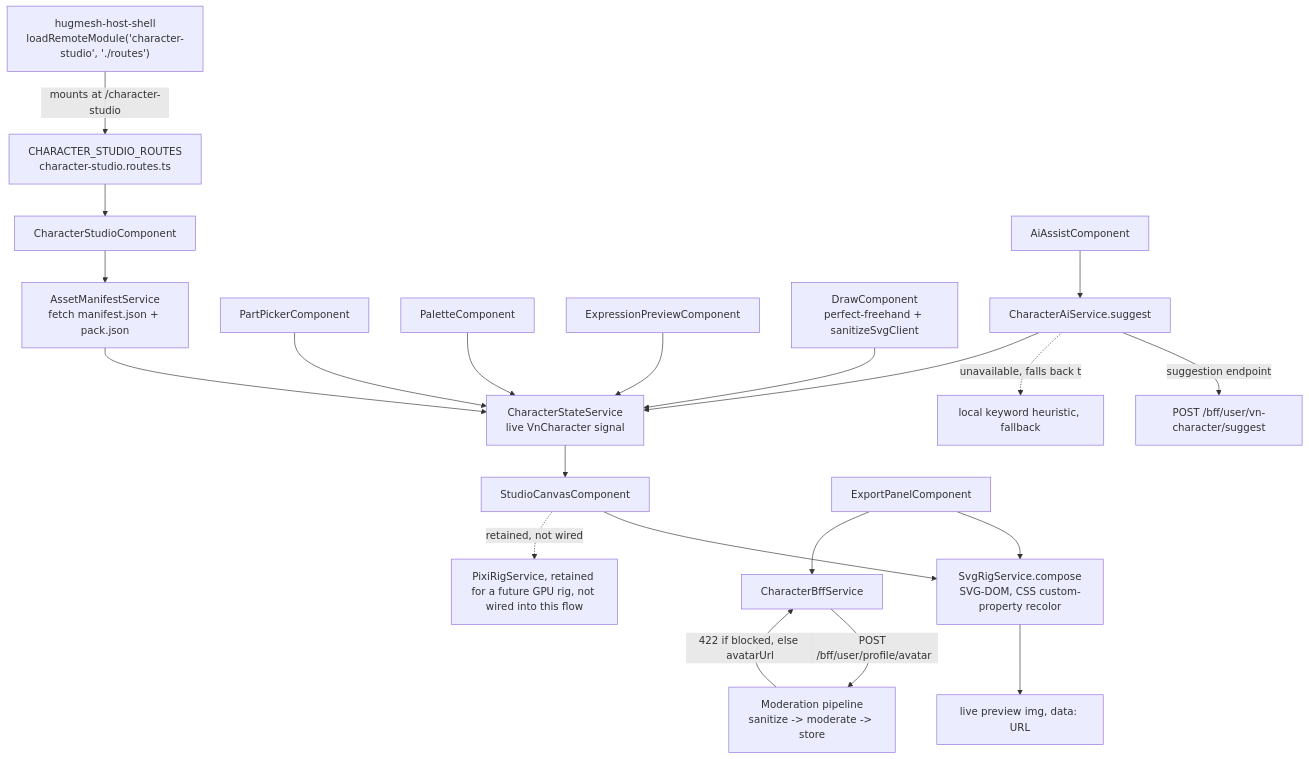
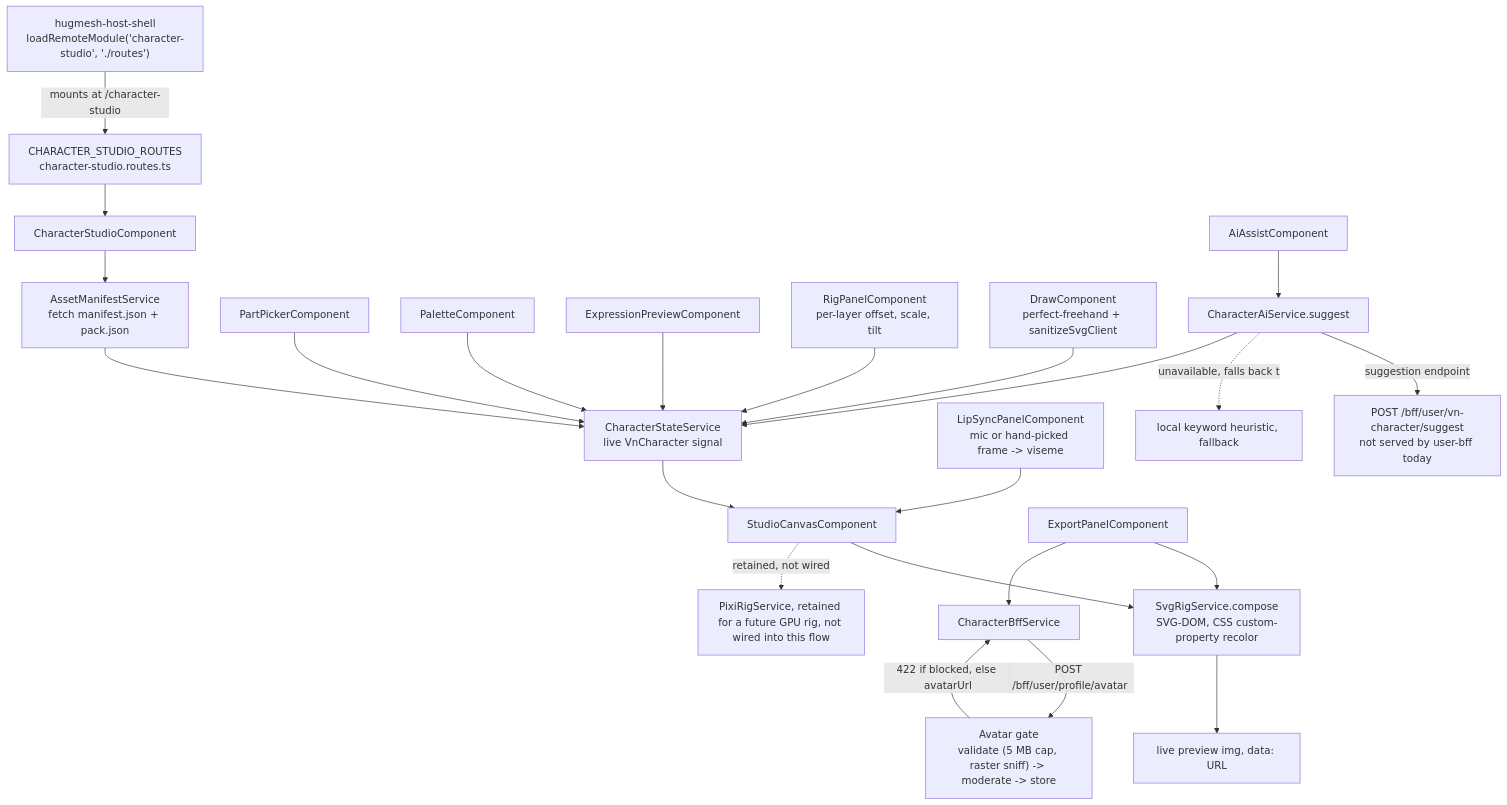
Before and after one commit to hugmesh/hugmesh.github.io: the diagram in content/reference/character-studio-ui.md, drawn with Mermaid. The commit also changed other lines of this file and 166 other files, not shown here.

````diff
--- a/content/reference/character-studio-ui.md
+++ b/content/reference/character-studio-ui.md
@@ -61,48 +64,52 @@
 ```mermaid
 flowchart TB
     Host["hugmesh-host-shell<br/>loadRemoteModule('character-studio', './routes')"]
     Routes["CHARACTER_STUDIO_ROUTES<br/>character-studio.routes.ts"]
     Studio["CharacterStudioComponent"]
     Assets["AssetManifestService<br/>fetch manifest.json + pack.json"]
     State["CharacterStateService<br/>live VnCharacter signal"]
     Canvas["StudioCanvasComponent"]
     SvgRig["SvgRigService.compose<br/>SVG-DOM, CSS custom-property recolor"]
     Preview["live preview img, data: URL"]
     PartPicker["PartPickerComponent"]
     Palette["PaletteComponent"]
     ExprPreview["ExpressionPreviewComponent"]
+    LipSync["LipSyncPanelComponent<br/>mic or hand-picked frame -> viseme"]
+    RigPanel["RigPanelComponent<br/>per-layer offset, scale, tilt"]
     Draw["DrawComponent<br/>perfect-freehand + sanitizeSvgClient"]
     AiAssist["AiAssistComponent"]
     CharacterAi["CharacterAiService.suggest"]
-    BffSuggest["POST /bff/user/vn-character/suggest"]
+    BffSuggest["POST /bff/user/vn-character/suggest<br/>not served by user-bff today"]
     LocalHeuristic["local keyword heuristic, fallback"]
     ExportPanel["ExportPanelComponent"]
     CharacterBff["CharacterBffService"]
-    Moderation["Moderation pipeline<br/>sanitize -> moderate -> store"]
+    Moderation["Avatar gate<br/>validate (5 MB cap, raster sniff) -> moderate -> store"]
     PixiRig["PixiRigService, retained for a future GPU rig, not wired into this flow"]
 
     Host -->|mounts at /character-studio| Routes
     Routes --> Studio
     Studio --> Assets
     Assets --> State
     State --> Canvas
     Canvas --> SvgRig
     SvgRig --> Preview
 
     PartPicker --> State
     Palette --> State
     ExprPreview --> State
+    RigPanel --> State
+    LipSync --> Canvas
     Draw --> State
 
     AiAssist --> CharacterAi
     CharacterAi -->|suggestion endpoint| BffSuggest
     CharacterAi -.unavailable, falls back to.-> LocalHeuristic
     CharacterAi --> State
 
     ExportPanel --> SvgRig
     ExportPanel --> CharacterBff
     CharacterBff -->|POST /bff/user/profile/avatar| Moderation
     Moderation -->|422 if blocked, else avatarUrl| CharacterBff
 
     Canvas -.retained, not wired.-> PixiRig
 ```
````
